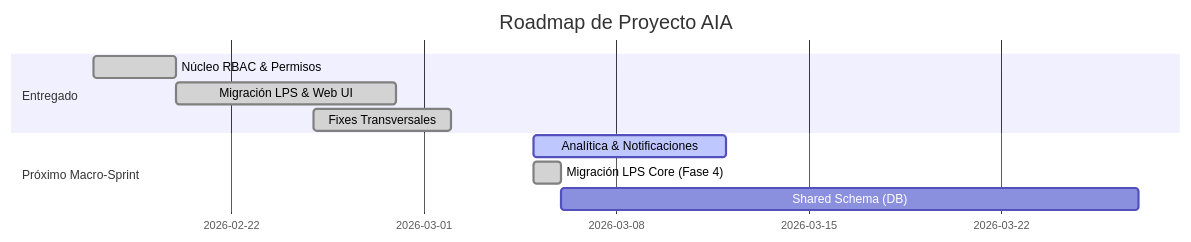
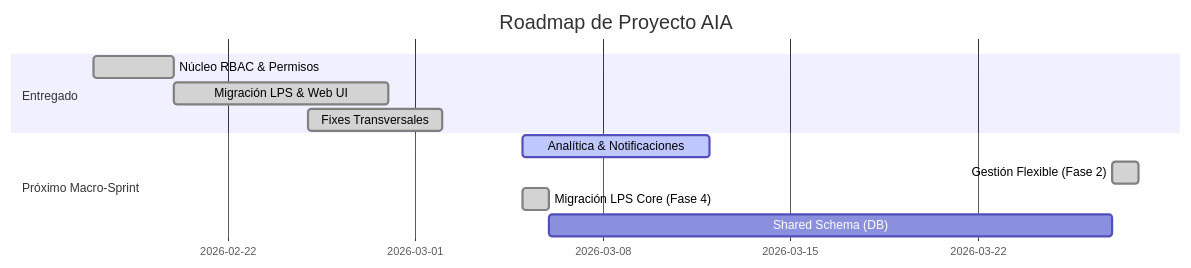
The diagram in ROADMAP.md (jbenite7/lastplanneraia-construccion), drawn with Mermaid before and after one commit. The commit also changed 1 other file, not shown here.

Commit message:
docs: actualizar CHANGELOG y ROADMAP con hito de Fase 2 y mejoras de estabilidad

````diff
--- a/ROADMAP.md
+++ b/ROADMAP.md
@@ -13,13 +13,14 @@
 ```mermaid
 gantt
     title Roadmap de Proyecto AIA
     dateFormat  YYYY-MM-DD
     section Entregado
     Núcleo RBAC & Permisos       :done,    des1, 2026-02-17, 2026-02-20
     Migración LPS & Web UI       :done,    des2, 2026-02-20, 2026-02-28
     Fixes Transversales          :done,    des3, 2026-02-25, 2026-03-02
     section Próximo Macro-Sprint
     Analítica & Notificaciones  :active,  des4, 2026-03-05, 7d
+    Gestión Flexible (Fase 2)    :done,    des7, 2026-03-27, 1d
     Migración LPS Core (Fase 4) :done,    des6, 2026-03-05, 2026-03-06
     Shared Schema (DB)         :         des5, after des6, 21d
 ```
````
